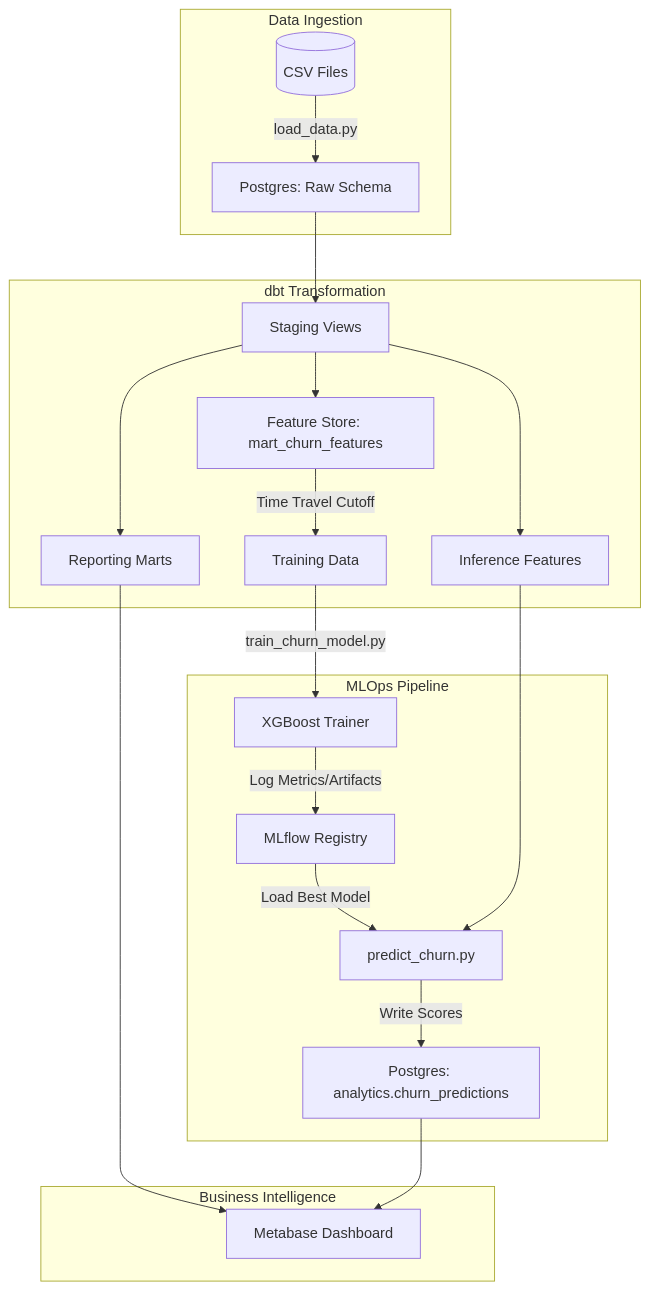
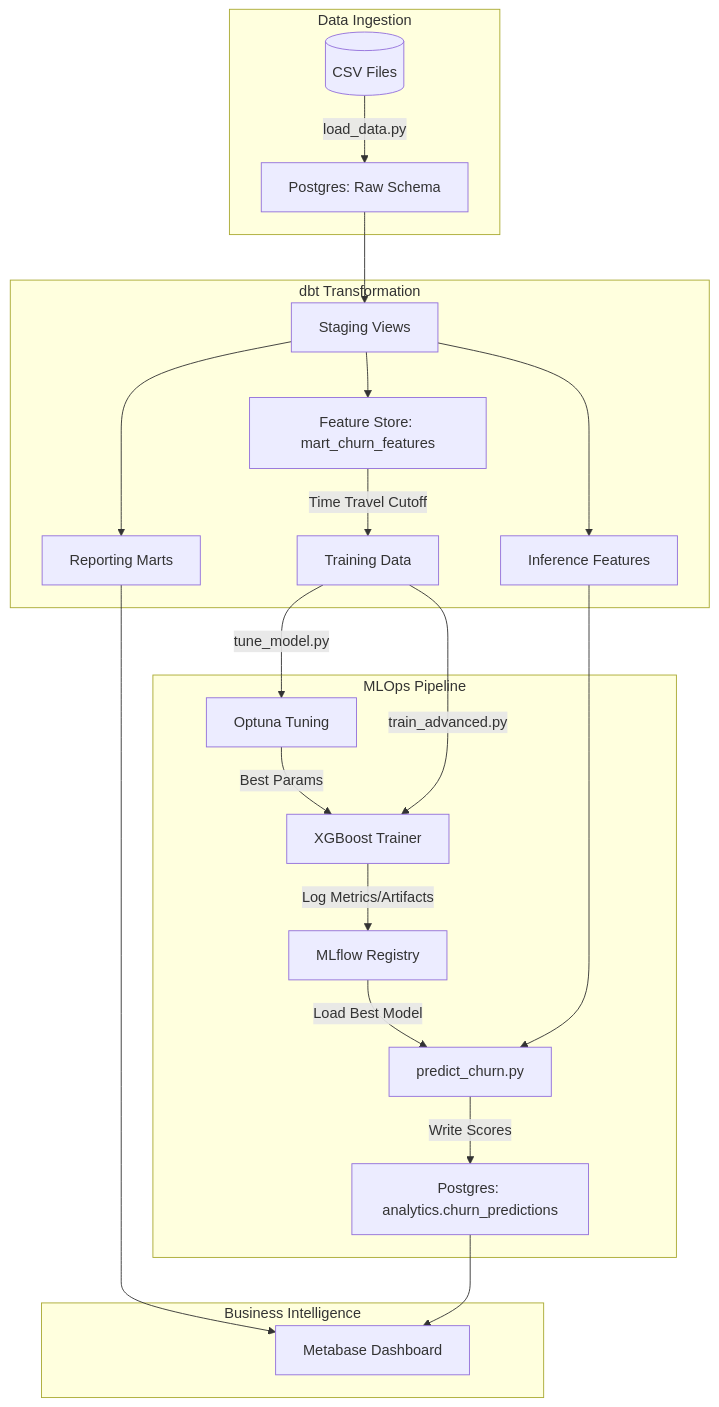
One commit to kaushikkumarkr/Ecom changed the diagram in README.md. Above: the diagram before and after it, drawn with Mermaid. The commit also changed other lines of this file, not shown here.

Commit message:
docs: update architecture diagram with optuna tuning step

````diff
--- a/README.md
+++ b/README.md
@@ -21,27 +22,29 @@
 ```mermaid
 graph TD
     subgraph Source [Data Ingestion]
         CSV[(CSV Files)] --> |load_data.py| Raw[Postgres: Raw Schema]
     end
 
     subgraph Transform [dbt Transformation]
         Raw --> Staging[Staging Views]
         Staging --> Marts[Reporting Marts]
         Staging --> FeatureStore[Feature Store: mart_churn_features]
         FeatureStore --> |Time Travel Cutoff| TrainSet[Training Data]
         Staging --> InferenceSet[Inference Features]
     end
 
     subgraph ML [MLOps Pipeline]
-        TrainSet --> |train_churn_model.py| XGBoost[XGBoost Trainer]
+        TrainSet --> |tune_model.py| Optuna[Optuna Tuning]
+        Optuna --> |Best Params| XGBoost[XGBoost Trainer]
+        TrainSet --> |train_advanced.py| XGBoost
         XGBoost --> |Log Metrics/Artifacts| MLflow[MLflow Registry]
         MLflow --> |Load Best Model| Predictor[predict_churn.py]
         InferenceSet --> Predictor
         Predictor --> |Write Scores| Predictions[Postgres: analytics.churn_predictions]
     end
 
     subgraph BI [Business Intelligence]
         Marts --> Metabase[Metabase Dashboard]
         Predictions --> Metabase
     end
 ```
````
